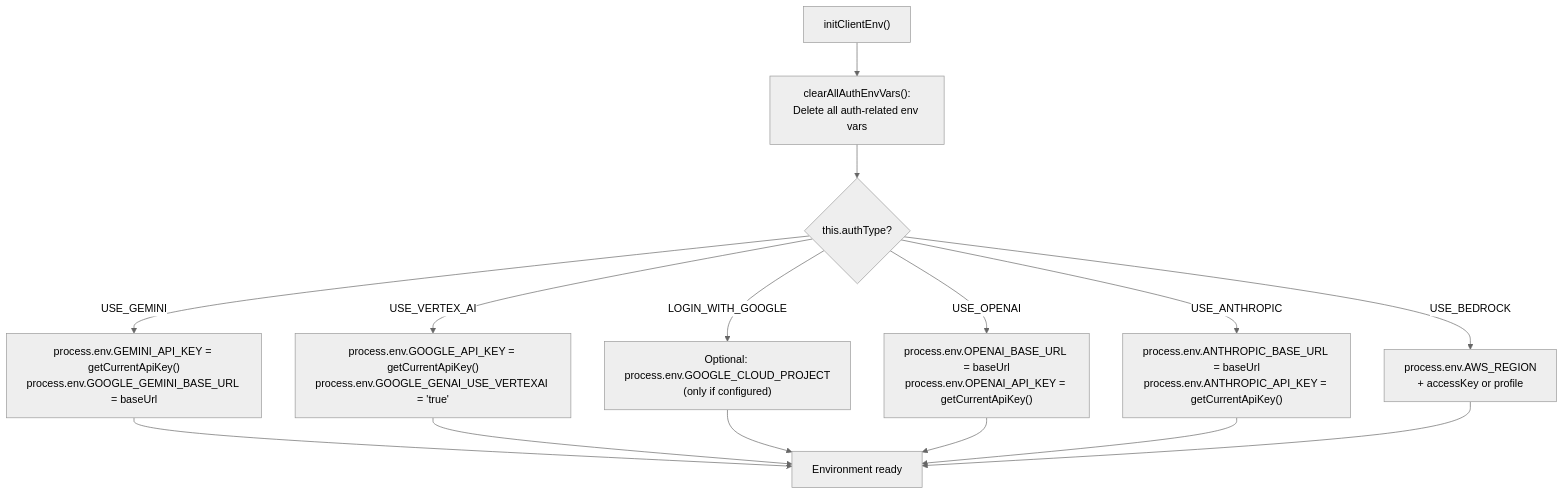
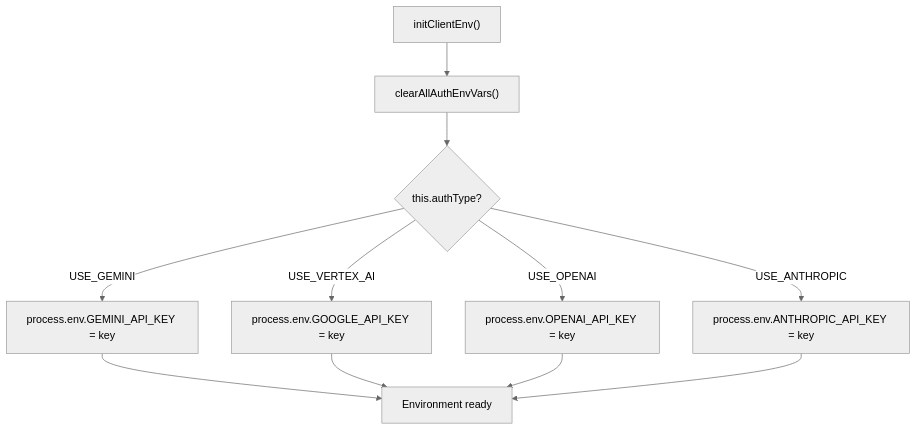
The third of 3 diagrams in docs/iOfficeAI_AionUi/advanced-topics/api-key-rotation.md (blackcater/zentree), drawn with Mermaid (neutral theme) before and after one commit. The commit also changed other lines of this file and 232 other files, not shown here.

````diff
--- a/docs/iOfficeAI_AionUi/advanced-topics/api-key-rotation.md
+++ b/docs/iOfficeAI_AionUi/advanced-topics/api-key-rotation.md
@@ -165,19 +160,15 @@
 ```mermaid
 flowchart TD
-    Start["initClientEnv()"] --> ClearEnv["clearAllAuthEnvVars():<br/>Delete all auth-related env vars"]
+    Start["initClientEnv()"] --> ClearEnv["clearAllAuthEnvVars()"]
     ClearEnv --> CheckAuth{"this.authType?"}
-
-    CheckAuth -->|USE_GEMINI| SetGemini["process.env.GEMINI_API_KEY = getCurrentApiKey()<br/>process.env.GOOGLE_GEMINI_BASE_URL = baseUrl"]
-    CheckAuth -->|USE_VERTEX_AI| SetVertex["process.env.GOOGLE_API_KEY = getCurrentApiKey()<br/>process.env.GOOGLE_GENAI_USE_VERTEXAI = 'true'"]
-    CheckAuth -->|LOGIN_WITH_GOOGLE| SetOAuth["Optional: process.env.GOOGLE_CLOUD_PROJECT<br/>(only if configured)"]
-    CheckAuth -->|USE_OPENAI| SetOpenAI["process.env.OPENAI_BASE_URL = baseUrl<br/>process.env.OPENAI_API_KEY = getCurrentApiKey()"]
-    CheckAuth -->|USE_ANTHROPIC| SetAnthropic["process.env.ANTHROPIC_BASE_URL = baseUrl<br/>process.env.ANTHROPIC_API_KEY = getCurrentApiKey()"]
-    CheckAuth -->|USE_BEDROCK| SetBedrock["process.env.AWS_REGION<br/>+ accessKey or profile"]
-
+    
+    CheckAuth -->|USE_GEMINI| SetGemini["process.env.GEMINI_API_KEY = key"]
+    CheckAuth -->|USE_VERTEX_AI| SetVertex["process.env.GOOGLE_API_KEY = key"]
+    CheckAuth -->|USE_OPENAI| SetOpenAI["process.env.OPENAI_API_KEY = key"]
+    CheckAuth -->|USE_ANTHROPIC| SetAnthropic["process.env.ANTHROPIC_API_KEY = key"]
+    
     SetGemini --> Done["Environment ready"]
     SetVertex --> Done
-    SetOAuth --> Done
     SetOpenAI --> Done
     SetAnthropic --> Done
-    SetBedrock --> Done
 ```
````
